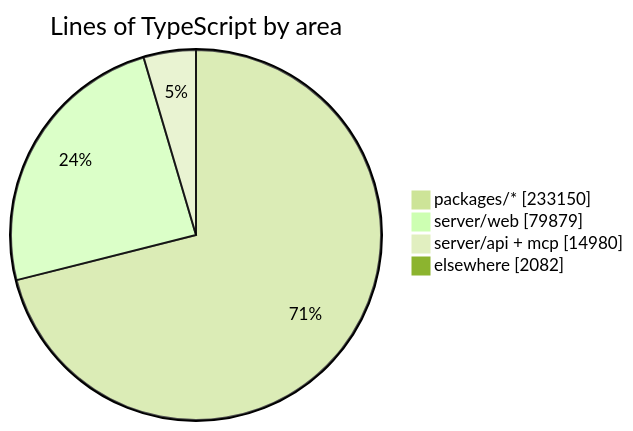
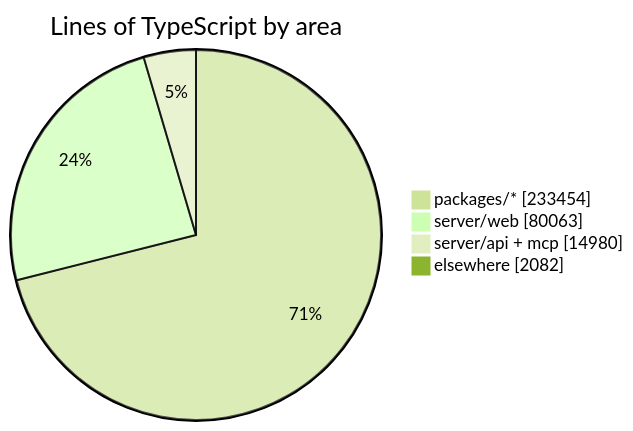
One commit to crossworks-engineering/mantle changed the diagram in README.md. Above: the diagram before and after it, drawn with Mermaid (forest theme). The commit also changed other lines of this file and 2 other files, not shown here.

````diff
--- a/README.md
+++ b/README.md
@@ -287,7 +287,7 @@
 ```mermaid
 pie showData title Lines of TypeScript by area
-    "packages/*" : 233150
-    "server/web" : 79879
+    "packages/*" : 233454
+    "server/web" : 80063
     "server/api + mcp" : 14980
     "elsewhere" : 2082
 ```
````
